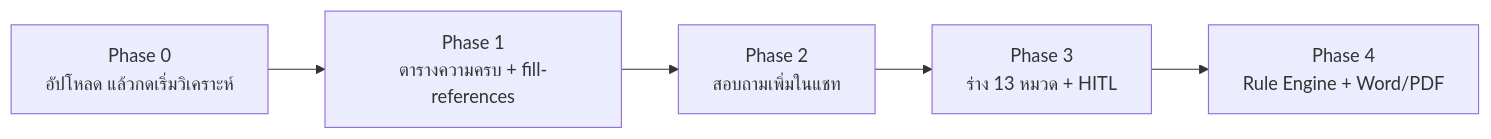
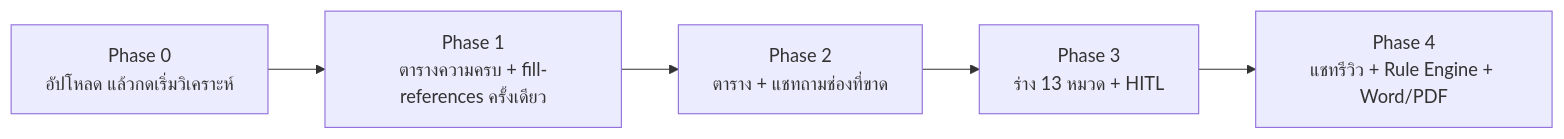
Before and after one commit to chiraleo2000/tor-generator: the third of 4 diagrams in Discussions/19-APPLICATION_OPERATING_REPORT.md, drawn with Mermaid. The commit also changed other lines of this file and 214 other files, not shown here.

````diff
--- a/Discussions/19-APPLICATION_OPERATING_REPORT.md
+++ b/Discussions/19-APPLICATION_OPERATING_REPORT.md
@@ -183,7 +183,7 @@
 ```mermaid
 flowchart LR
-  P0["Phase 0<br/>อัปโหลด แล้วกดเริ่มวิเคราะห์"] --> P1["Phase 1<br/>ตารางความครบ + fill-references"]
-  P1 --> P2["Phase 2<br/>สอบถามเพิ่มในแชท"]
+  P0["Phase 0<br/>อัปโหลด แล้วกดเริ่มวิเคราะห์"] --> P1["Phase 1<br/>ตารางความครบ + fill-references ครั้งเดียว"]
+  P1 --> P2["Phase 2<br/>ตาราง + แชทถามช่องที่ขาด"]
   P2 --> P3["Phase 3<br/>ร่าง 13 หมวด + HITL"]
-  P3 --> P4["Phase 4<br/>Rule Engine + Word/PDF"]
+  P3 --> P4["Phase 4<br/>แชทรีวิว + Rule Engine + Word/PDF"]
 ```
````
